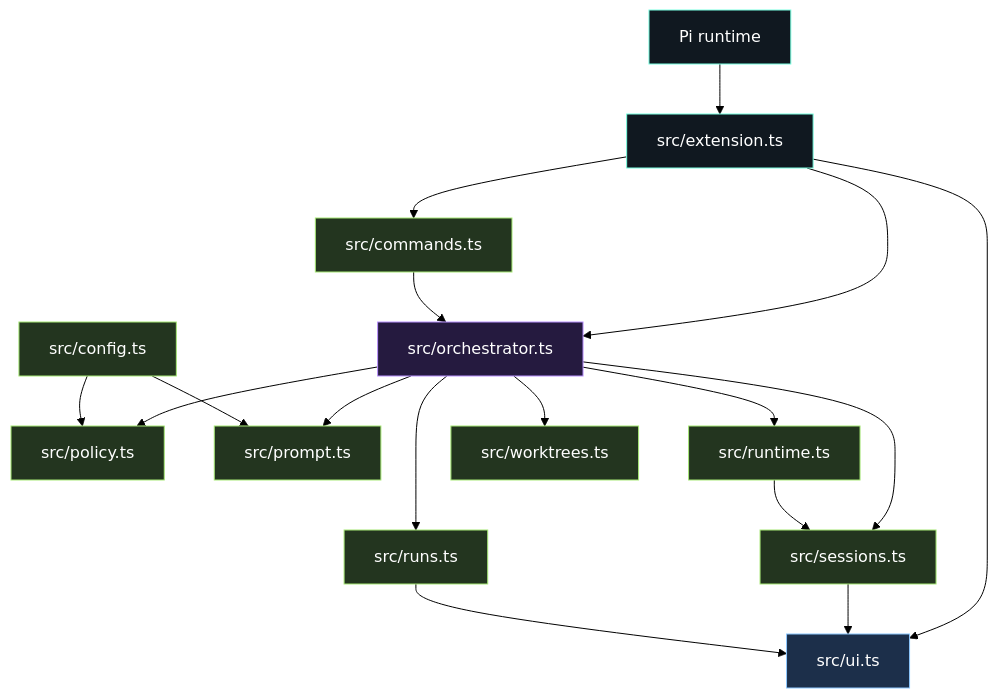
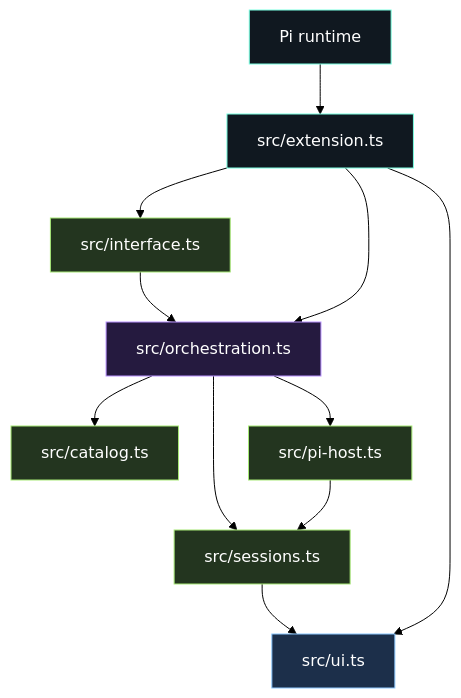
One commit to CodeByPeete/pi-gentic changed the diagram in README.md. Above: the diagram before and after it, drawn with Mermaid (forest theme). The commit also changed other lines of this file and 2 other files, not shown here.

Commit message:
Prepare release v0.2.0

````diff
--- a/README.md
+++ b/README.md
@@ -294,33 +294,26 @@
 ```mermaid
 flowchart TD
     Pi[Pi runtime] --> Extension[src/extension.ts]
 
-    Extension --> Commands[src/commands.ts]
-    Extension --> Orchestrator[src/orchestrator.ts]
+    Extension --> Interface[src/interface.ts]
+    Extension --> Orchestration[src/orchestration.ts]
     Extension --> UI[src/ui.ts]
 
-    Orchestrator --> Policy[src/policy.ts]
-    Orchestrator --> Prompt[src/prompt.ts]
-    Orchestrator --> Sessions[src/sessions.ts]
-    Orchestrator --> Runtime[src/runtime.ts]
-    Orchestrator --> Runs[src/runs.ts]
-    Orchestrator --> Worktrees[src/worktrees.ts]
+    Orchestration --> Catalog[src/catalog.ts]
+    Orchestration --> Sessions[src/sessions.ts]
+    Orchestration --> Host[src/pi-host.ts]
 
-    Config[src/config.ts] --> Policy
-    Config --> Prompt
-
-    Commands --> Orchestrator
+    Interface --> Orchestration
     Sessions --> UI
-    Runs --> UI
-    Runtime --> Sessions
+    Host --> Sessions
 
     classDef edge fill:#101820,stroke:#79ffe1,color:#ffffff;
     classDef core fill:#251a3f,stroke:#b991ff,color:#ffffff;
     classDef ui fill:#1c2f4a,stroke:#8cc8ff,color:#ffffff;
     classDef data fill:#23351f,stroke:#a6e875,color:#ffffff;
 
     class Pi,Extension edge;
-    class Orchestrator core;
+    class Orchestration core;
     class UI ui;
-    class Commands,Policy,Prompt,Sessions,Runtime,Runs,Worktrees,Config data;
+    class Interface,Catalog,Sessions,Host data;
 ```
````
